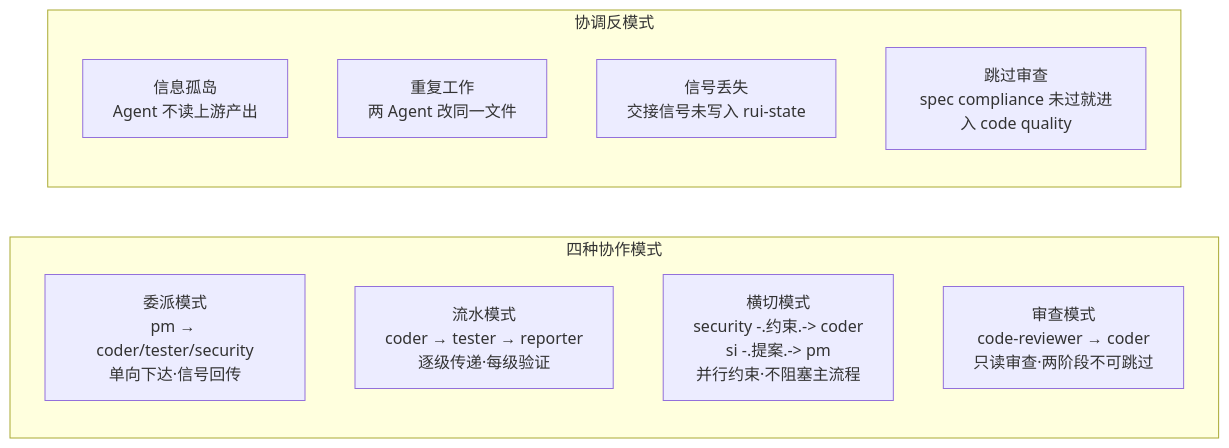
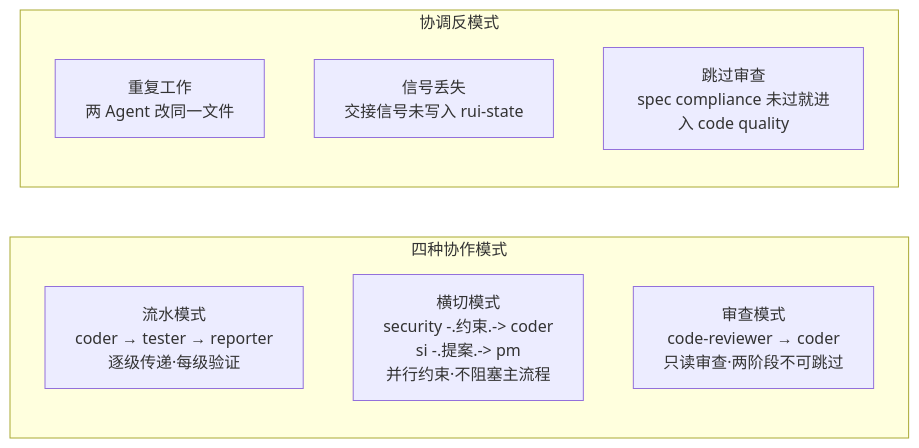
Before and after one commit to effiy/YrY: the seventh of 8 diagrams in agents/AGENT.md, drawn with Mermaid. The commit also changed other lines of this file and 42 other files, not shown here.

First line of the commit message:
feat: apply Mermaid authoring rules (M1-M12) across entire codebase

````diff
--- a/agents/AGENT.md
+++ b/agents/AGENT.md
@@ -320,17 +370,18 @@
 ```mermaid
 flowchart LR
     subgraph 协作["四种协作模式"]
-        P1["委派模式<br/>pm → coder/tester/security<br/>单向下达·信号回传"]:::mode
+        direction TB
         P2["流水模式<br/>coder → tester → reporter<br/>逐级传递·每级验证"]:::mode
         P3["横切模式<br/>security -.约束.-> coder<br/>si -.提案.-> pm<br/>并行约束·不阻塞主流程"]:::mode
         P4["审查模式<br/>code-reviewer → coder<br/>只读审查·两阶段不可跳过"]:::mode
     end
 
     subgraph 失败["协调反模式"]
-        F1["信息孤岛<br/>Agent 不读上游产出"]:::bad
+        direction TB
         F2["重复工作<br/>两 Agent 改同一文件"]:::bad
         F3["信号丢失<br/>交接信号未写入 rui-state"]:::bad
         F4["跳过审查<br/>spec compliance 未过就进入 code quality"]:::bad
     end
 
+
 ```
````
